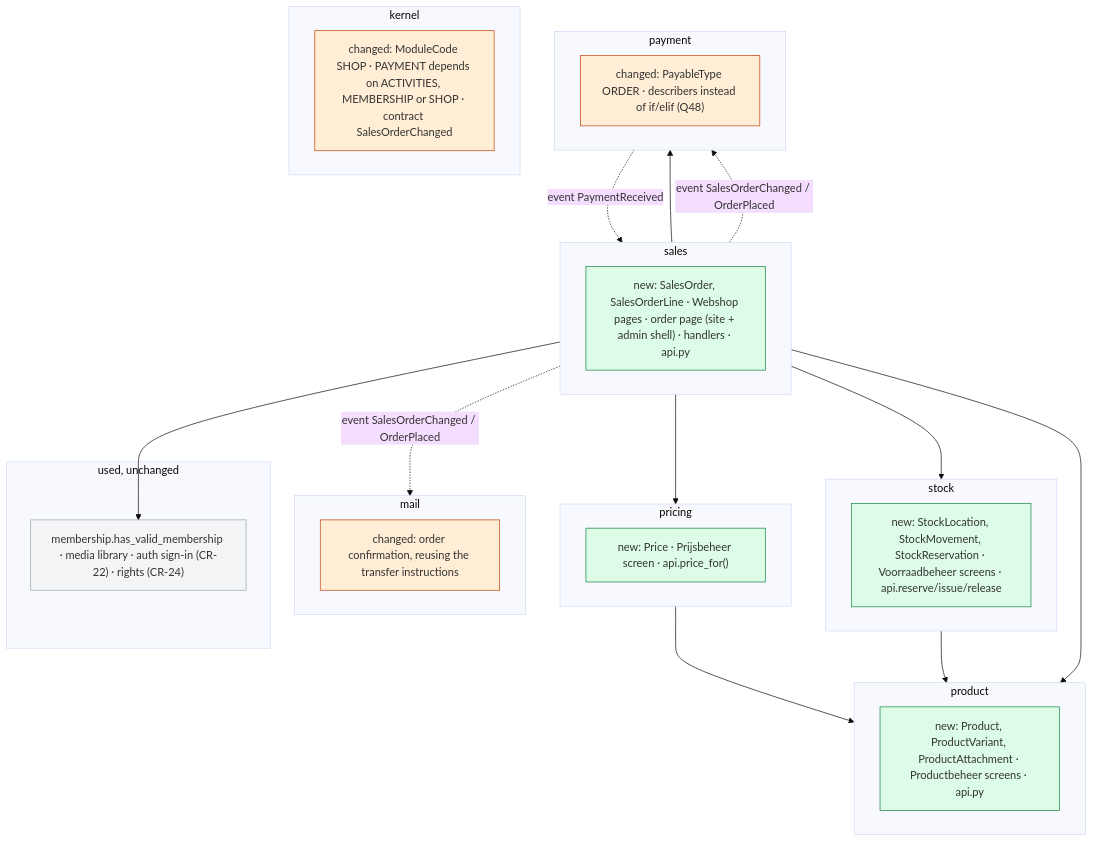
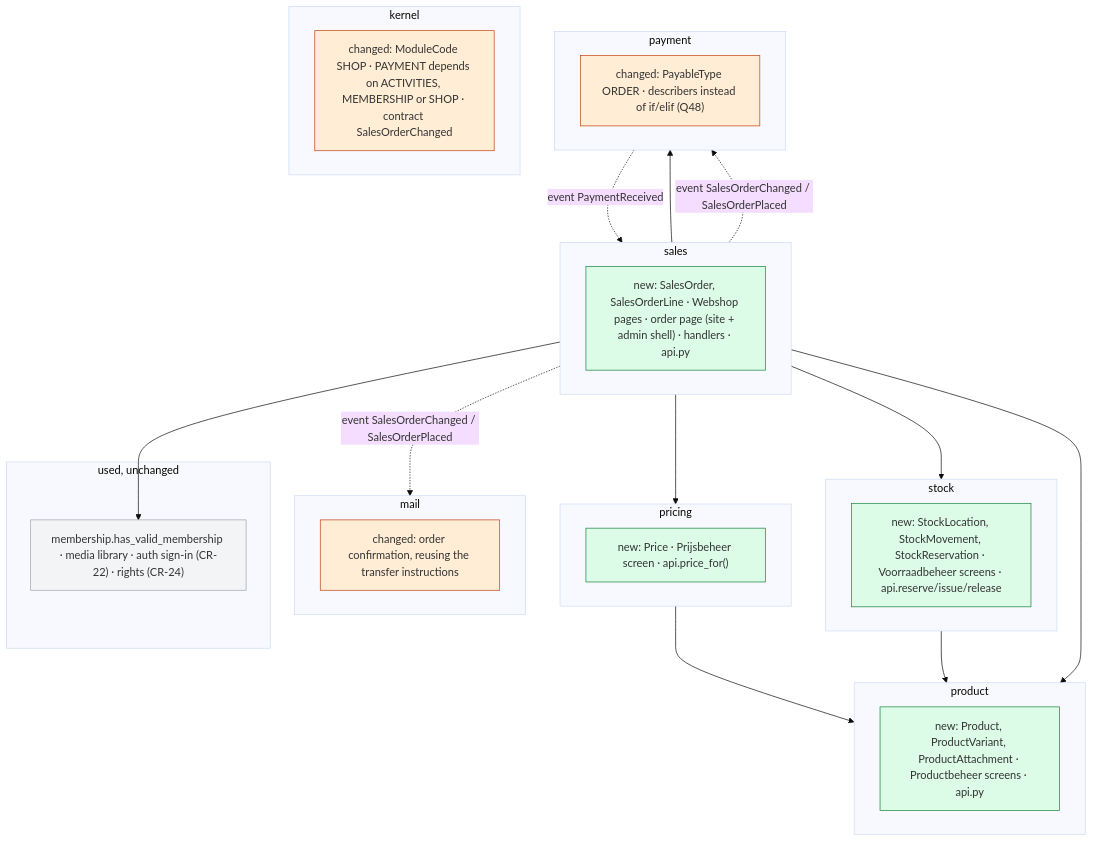
The fourth of 5 diagrams in docs/change_request_21_shop.md (KoenRenders/KoenTest), drawn with Mermaid (base theme) before and after one commit. The commit also changed other lines of this file, not shown here.

First line of the commit message:
CR-21 webshop: dev2's build read (#1743) taken in — module out of phase 0, describers in batch, publish inside the transaction, mail as for registrations, media kinds usable, soft delete, names, lock, prices by start date; Q64 decided

````diff
--- a/docs/change_request_21_shop.md
+++ b/docs/change_request_21_shop.md
@@ -466,36 +466,36 @@
 ```mermaid
 flowchart TB
   subgraph product
     pn["new: Product, ProductVariant, ProductAttachment · Productbeheer screens · api.py"]:::new
   end
   subgraph pricing
     prn["new: Price · Prijsbeheer screen · api.price_for()"]:::new
   end
   subgraph stock
     sn["new: StockLocation, StockMovement, StockReservation · Voorraadbeheer screens · api.reserve/issue/release"]:::new
   end
   subgraph sales
     san["new: SalesOrder, SalesOrderLine · Webshop pages · order page (site + admin shell) · handlers · api.py"]:::new
   end
   subgraph payment
     pac["changed: PayableType ORDER · describers instead of if/elif (Q48)"]:::chg
   end
   subgraph mail
     mc["changed: order confirmation, reusing the transfer instructions"]:::chg
   end
   subgraph kernel
     kc["changed: ModuleCode SHOP · PAYMENT depends on ACTIVITIES, MEMBERSHIP or SHOP · contract SalesOrderChanged"]:::chg
   end
   subgraph used["used, unchanged"]
     u["membership.has_valid_membership · media library · auth sign-in (CR-22) · rights (CR-24)"]:::same
   end
   pricing --> product
   stock --> product
   sales --> product & pricing & stock & payment
   sales --> u
   payment -. event PaymentReceived .-> sales
-  sales -. event SalesOrderChanged / OrderPlaced .-> payment & mail
+  sales -. event SalesOrderChanged / SalesOrderPlaced .-> payment & mail
   classDef new fill:#dcfce7,stroke:#15803d
   classDef chg fill:#ffedd5,stroke:#c2410c
   classDef same fill:#f3f4f6,stroke:#9ca3af
 ```
````
